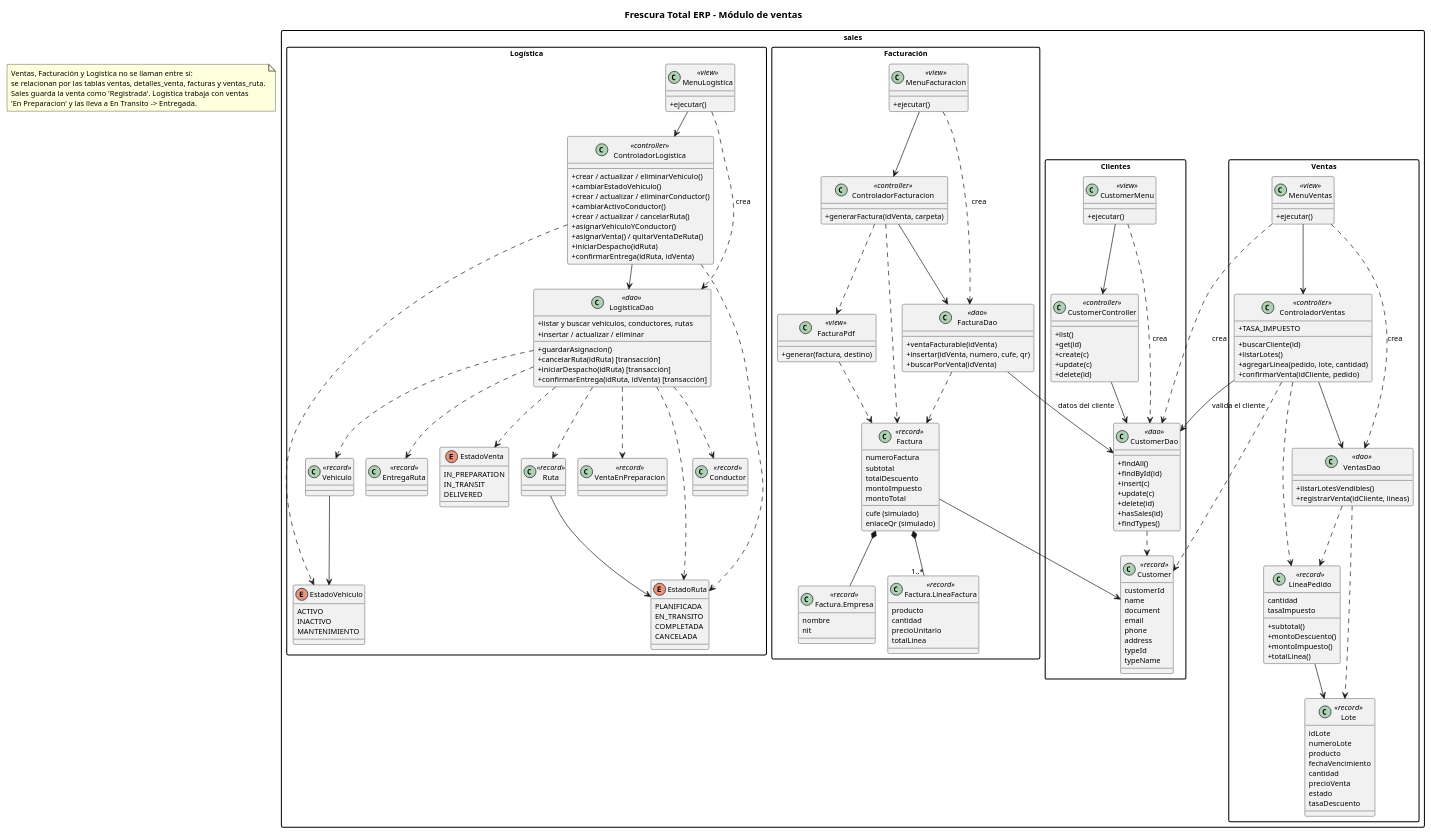
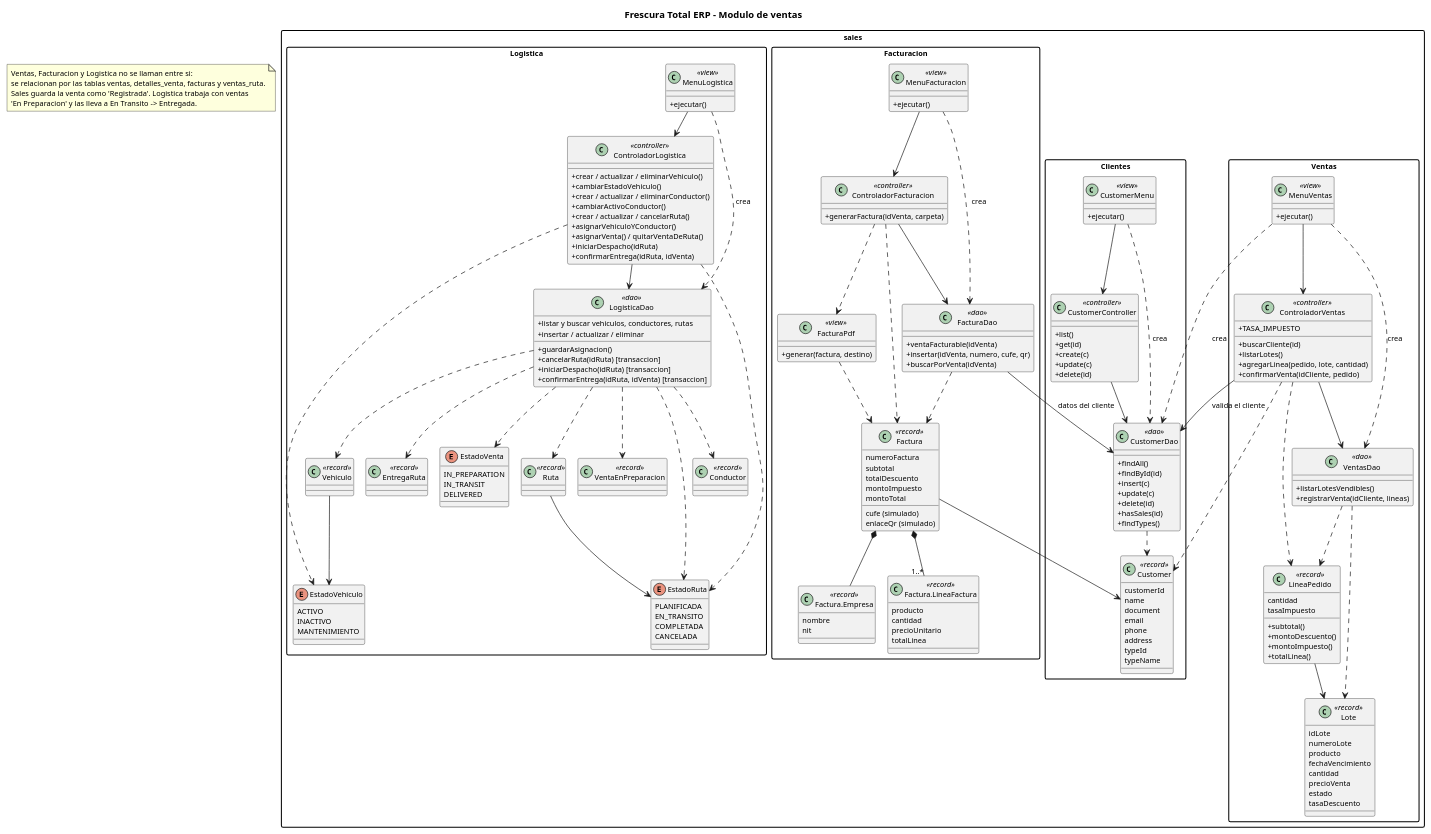
Before and after one commit to SantiagoBecerraV/Simulador_Stock_Tienda_avanzado_Java: the diagram in docs/diagrama_clases.puml, drawn with PlantUML. The commit also changed 25 other files, not shown here.

```diff
--- a/docs/diagrama_clases.puml
+++ b/docs/diagrama_clases.puml
@@ -9,7 +9,7 @@
 skinparam defaultFontSize 11
 skinparam ranksep 40
 skinparam nodesep 25
-title Frescura Total ERP - Módulo de ventas
+title Frescura Total ERP - Modulo de ventas
 
 package "sales" {
 package "Clientes" {
@@ -79,7 +79,7 @@
   }
 }
 
-package "Facturación" {
+package "Facturacion" {
   class MenuFacturacion <<view>> {
     +ejecutar()
   }
@@ -115,7 +115,7 @@
   }
 }
 
-package "Logística" {
+package "Logistica" {
   class MenuLogistica <<view>> {
     +ejecutar()
   }
@@ -131,12 +131,12 @@
     +confirmarEntrega(idRuta, idVenta)
   }
   class LogisticaDao <<dao>> {
-    +listar y buscar vehículos, conductores, rutas
+    +listar y buscar vehiculos, conductores, rutas
     +insertar / actualizar / eliminar
     +guardarAsignacion()
-    +cancelarRuta(idRuta) [transacción]
-    +iniciarDespacho(idRuta) [transacción]
-    +confirmarEntrega(idRuta, idVenta) [transacción]
+    +cancelarRuta(idRuta) [transaccion]
+    +iniciarDespacho(idRuta) [transaccion]
+    +confirmarEntrega(idRuta, idVenta) [transaccion]
   }
   class VentaEnPreparacion <<record>>
   class Vehiculo <<record>>
@@ -209,6 +209,6 @@
 Vehiculo --> EstadoVehiculo
 Ruta --> EstadoRuta
 
-' ---- relación entre módulos por la base de datos (tablas compartidas) ----
-note "Ventas, Facturación y Logística no se llaman entre sí:\nse relacionan por las tablas ventas, detalles_venta, facturas y ventas_ruta.\nSales guarda la venta como 'Registrada'. Logística trabaja con ventas\n'En Preparacion' y las lleva a En Transito -> Entregada." as N1
+' ---- relacion entre modulos por la base de datos (tablas compartidas) ----
+note "Ventas, Facturacion y Logistica no se llaman entre si:\nse relacionan por las tablas ventas, detalles_venta, facturas y ventas_ruta.\nSales guarda la venta como 'Registrada'. Logistica trabaja con ventas\n'En Preparacion' y las lleva a En Transito -> Entregada." as N1
 @enduml
```
